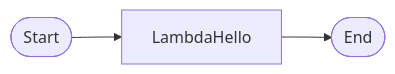
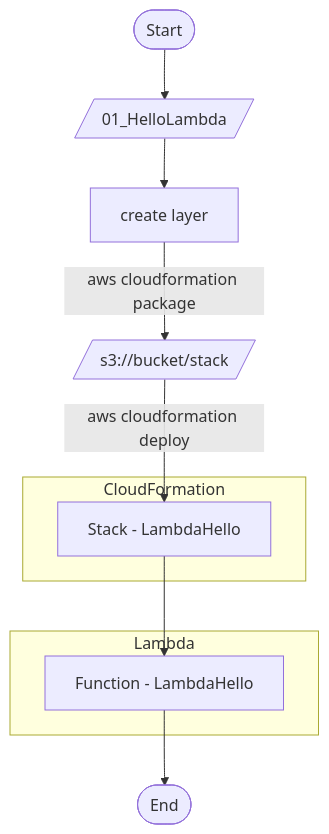
One commit to lankahsu520/HelperX changed the first of 3 diagrams in helper_AWS-Lambda.md. Above: the diagram before and after it, drawn with Mermaid. The commit also changed other lines of this file and 5 other files, not shown here.

````diff
--- a/helper_AWS-Lambda.md
+++ b/helper_AWS-Lambda.md
@@ -260,9 +125,18 @@
 ```mermaid
-flowchart LR
+flowchart TD
 	Start([Start])
- 	LambdaHello[LambdaHello]
+	01_HelloLambda[/01_HelloLambda/]
+	layer[create layer]
+	s3[/s3://bucket/stack/]
+	subgraph CloudFormation
+ 		stack[Stack - LambdaHello]
+ 	end	
+	subgraph Lambda
+ 		LambdaHello[Function - LambdaHello]
+ 	end	
   End([End])
 	
-	Start-->LambdaHello-->End
+	Start-->01_HelloLambda-->layer
+	layer-->|aws cloudformation package|s3-->|aws cloudformation deploy|stack-->LambdaHello-->End
 
 ```
````
